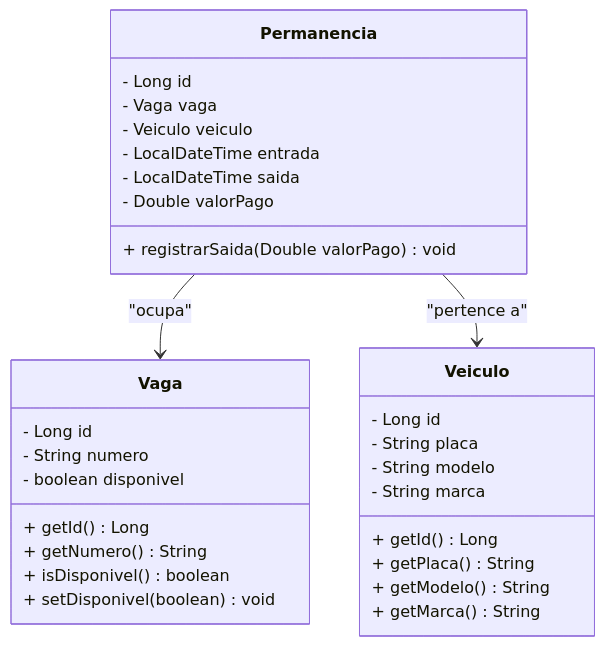
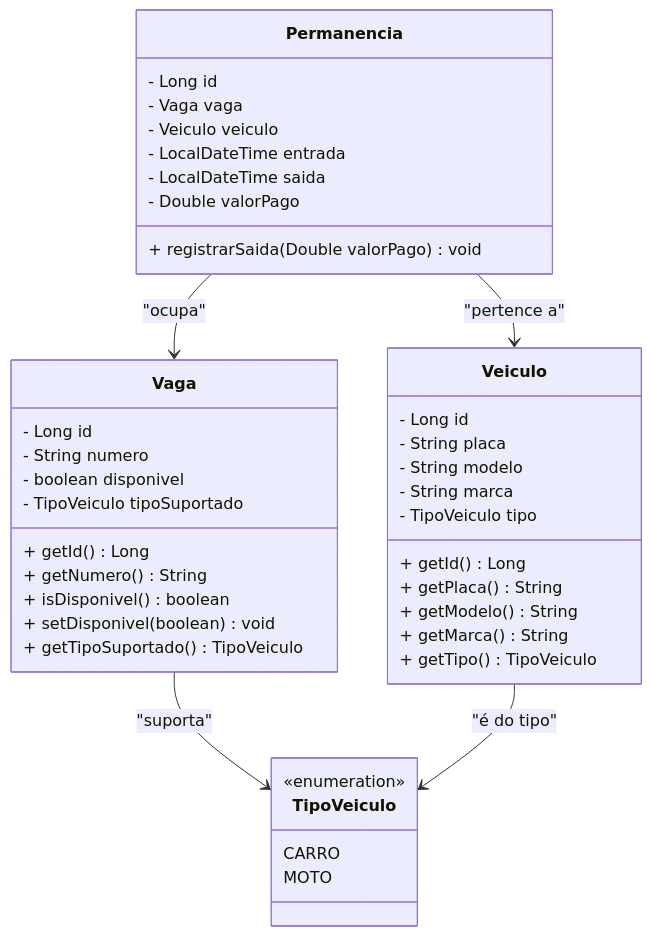
Before and after one commit to AlexCaitete/sistema_estacionamento: the diagram in README.md, drawn with Mermaid. The commit also changed other lines of this file, not shown here.

Commit message:
feat: adiciona TipoVeiculo e atualiza documentacao do README

````diff
--- a/README.md
+++ b/README.md
@@ -21,36 +29,48 @@
 ```mermaid
 classDiagram
+    class TipoVeiculo {
+        <<enumeration>>
+        CARRO
+        MOTO
+    }
+
     class Vaga {
         - Long id
         - String numero
         - boolean disponivel
+        - TipoVeiculo tipoSuportado
         + getId() Long
         + getNumero() String
         + isDisponivel() boolean
         + setDisponivel(boolean) void
+        + getTipoSuportado() TipoVeiculo
     }
 
     class Veiculo {
         - Long id
         - String placa
         - String modelo
         - String marca
+        - TipoVeiculo tipo
         + getId() Long
         + getPlaca() String
         + getModelo() String
         + getMarca() String
+        + getTipo() TipoVeiculo
     }
 
     class Permanencia {
         - Long id
         - Vaga vaga
         - Veiculo veiculo
         - LocalDateTime entrada
         - LocalDateTime saida
         - Double valorPago
         + registrarSaida(Double valorPago) void
     }
 
     Permanencia --> Vaga : "ocupa"
     Permanencia --> Veiculo : "pertence a"
+    Vaga --> TipoVeiculo : "suporta"
+    Veiculo --> TipoVeiculo : "é do tipo"
 ```
````
